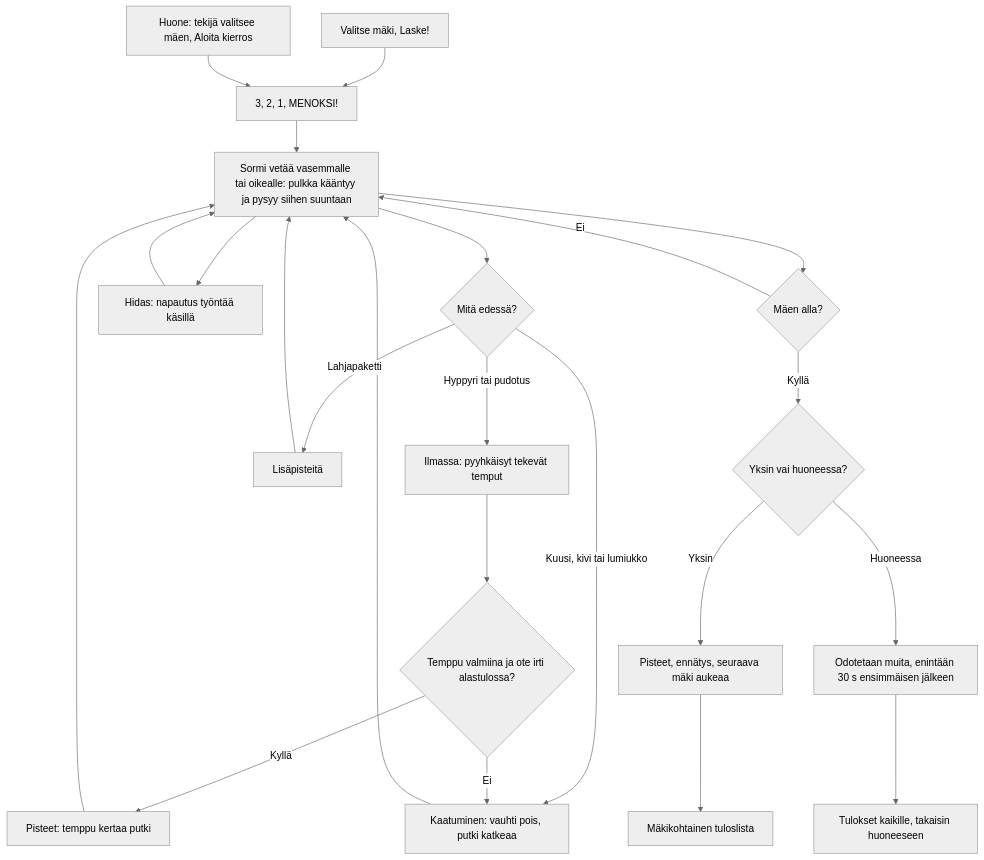
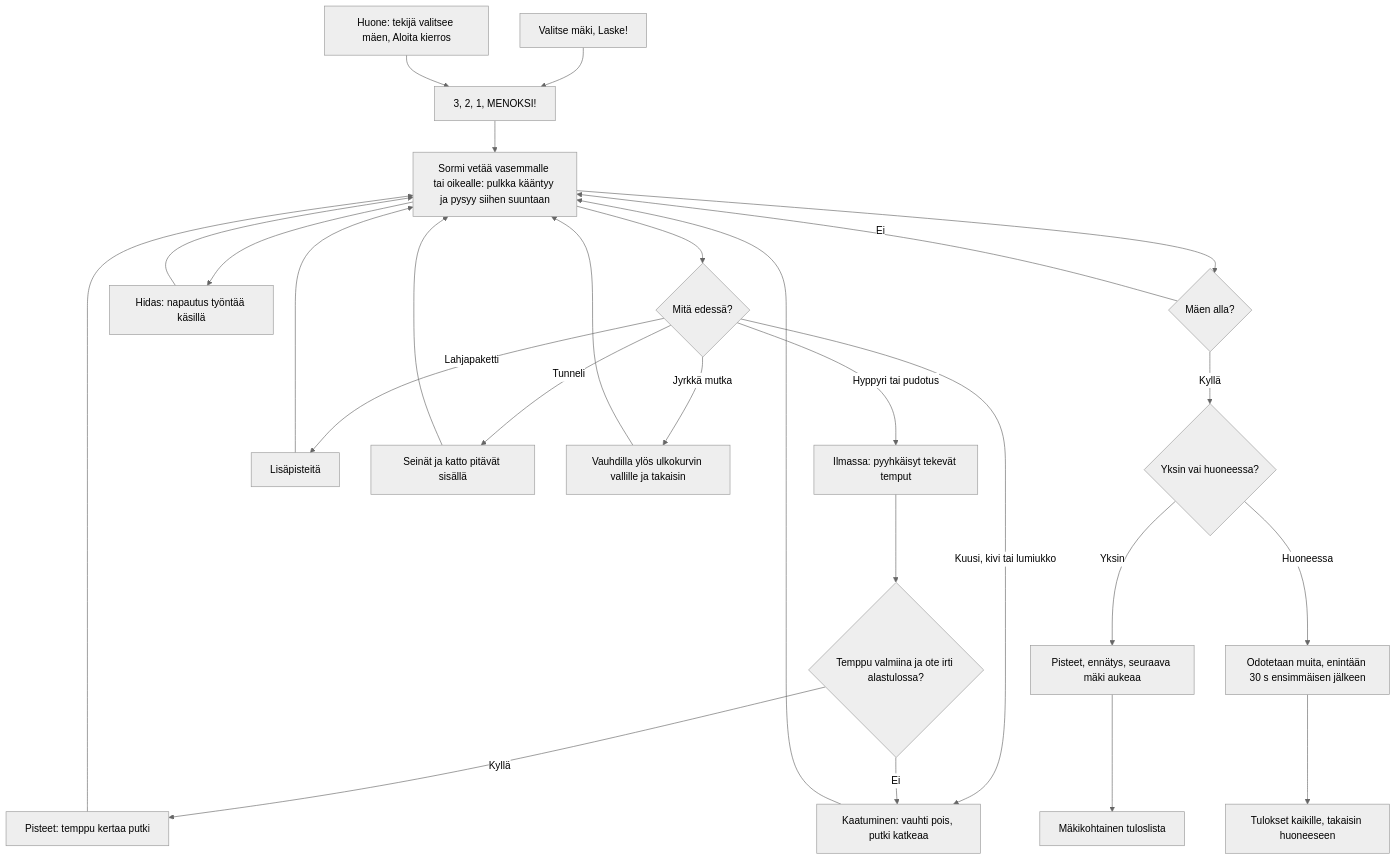
One commit to eerovil/ai-pelit changed the diagram in docs/diagrams/pulkkamaki.md. Above: the diagram before and after it, drawn with Mermaid (neutral theme). The commit also changed other lines of this file and 1 other file, not shown here.

Commit message:
Pulkkamäki v6: diagram and shelf picture for the bends, tunnels and banks (#517)

````diff
--- a/docs/diagrams/pulkkamaki.md
+++ b/docs/diagrams/pulkkamaki.md
@@ -9,31 +9,36 @@
 ```mermaid
 flowchart TD
   A[Valitse mäki, Laske!] --> B[3, 2, 1, MENOKSI!]
   R[Huone: tekijä valitsee mäen, Aloita kierros] --> B
   B --> C[Sormi vetää vasemmalle tai oikealle: pulkka kääntyy ja pysyy siihen suuntaan]
   C --> D{Mitä edessä?}
   D -- Hyppyri tai pudotus --> E[Ilmassa: pyyhkäisyt tekevät temput]
   C --> P[Hidas: napautus työntää käsillä]
   P --> C
   D -- Kuusi, kivi tai lumiukko --> F[Kaatuminen: vauhti pois, putki katkeaa]
   D -- Lahjapaketti --> G[Lisäpisteitä]
+  D -- Tunneli --> T[Seinät ja katto pitävät sisällä]
+  D -- Jyrkkä mutka --> W[Vauhdilla ylös ulkokurvin vallille ja takaisin]
+  T --> C
+  W --> C
   E --> H{Temppu valmiina ja ote irti alastulossa?}
   H -- Kyllä --> I[Pisteet: temppu kertaa putki]
   H -- Ei --> F
   F --> C
   G --> C
   I --> C
   C --> M{Mäen alla?}
   M -- Ei --> C
   M -- Kyllä --> S{Yksin vai huoneessa?}
   S -- Yksin --> N[Pisteet, ennätys, seuraava mäki aukeaa]
   S -- Huoneessa --> U[Odotetaan muita, enintään 30 s ensimmäisen jälkeen]
   U --> V[Tulokset kaikille, takaisin huoneeseen]
   N --> Q[Mäkikohtainen tuloslista]
   class A,B,C blue
   class D,H,M,S amber
   class R,U,V violet
   class E,G,I,P teal
+  class T,W blue
   class F rose
   class N,Q green
 ```
````
